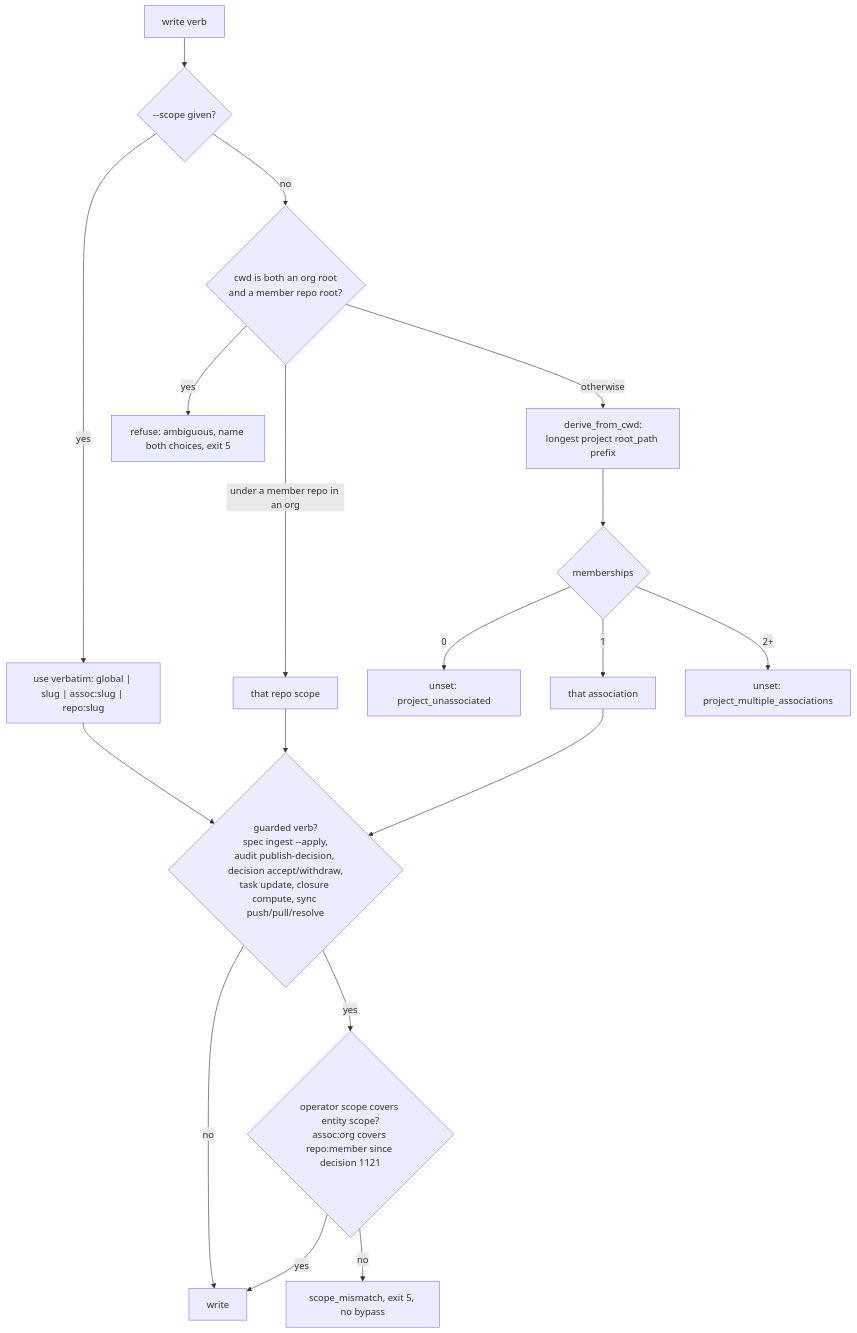
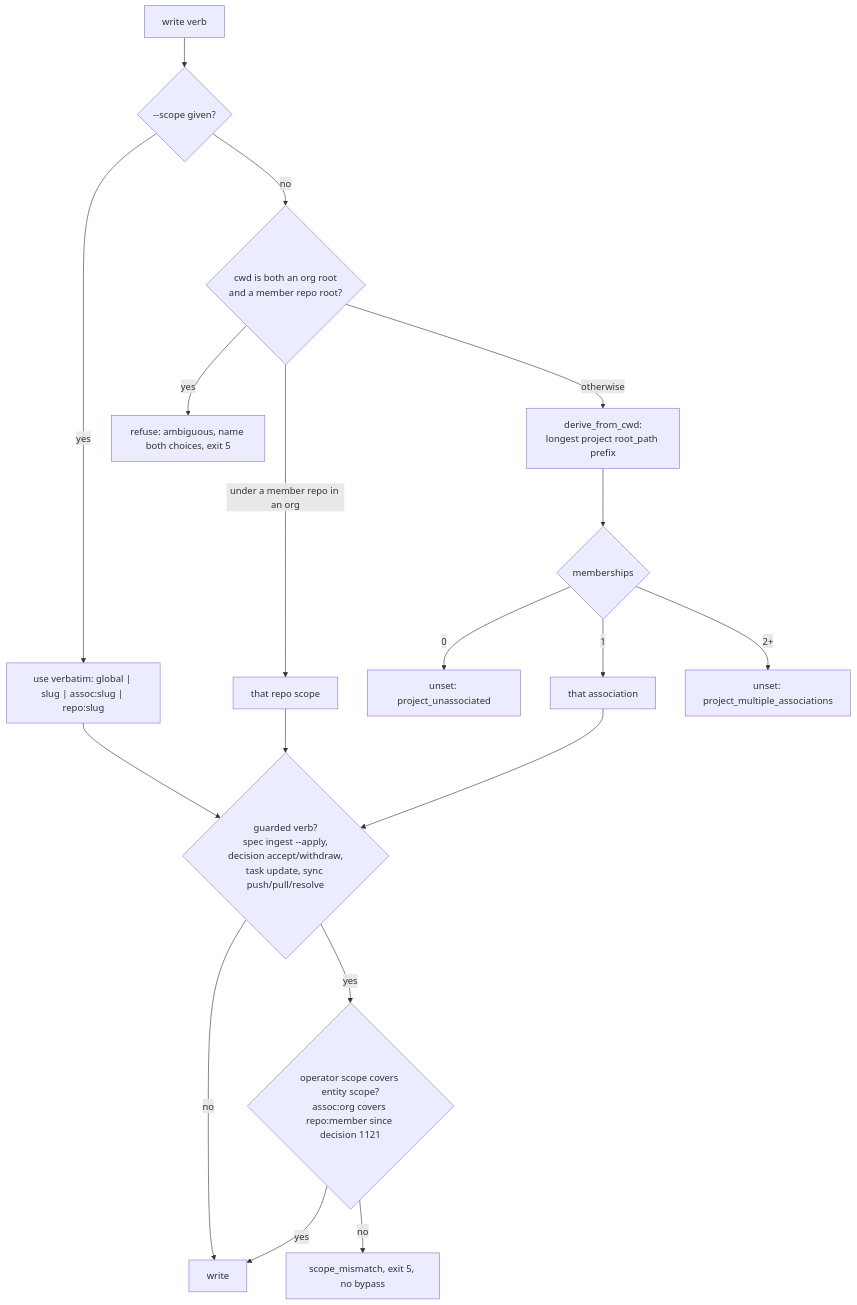
Diagram 25 of 25 in docs/lifecycles.md (rdrsss/planar), drawn with Mermaid before and after one commit. The commit also changed other lines of this file and 20 other files, not shown here.

````diff
--- a/docs/lifecycles.md
+++ b/docs/lifecycles.md
@@ -807,18 +807,18 @@
 ```mermaid
 flowchart TD
     W[write verb] --> F{--scope given?}
     F -->|yes| U["use verbatim: global | slug | assoc:slug | repo:slug"]
     F -->|no| M{cwd is both an org root<br/>and a member repo root?}
     M -->|yes| AMB[refuse: ambiguous, name both choices, exit 5]
     M -->|under a member repo in an org| REPO[that repo scope]
     M -->|otherwise| D[derive_from_cwd:<br/>longest project root_path prefix]
     D --> N{memberships}
     N -->|0| UNSET[unset: project_unassociated]
     N -->|1| ONE[that association]
     N -->|2+| UNSET2[unset: project_multiple_associations]
-    U & REPO & ONE --> G{guarded verb?<br/>spec ingest --apply,<br/>audit publish-decision, decision accept/withdraw,<br/>task update, closure compute, sync push/pull/resolve}
+    U & REPO & ONE --> G{guarded verb?<br/>spec ingest --apply,<br/>decision accept/withdraw,<br/>task update, sync push/pull/resolve}
     G -->|no| WRITE[write]
     G -->|yes| CMP{operator scope covers entity scope?<br/>assoc:org covers repo:member since decision 1121}
     CMP -->|yes| WRITE
     CMP -->|no| REF[scope_mismatch, exit 5, no bypass]
 ```
````
